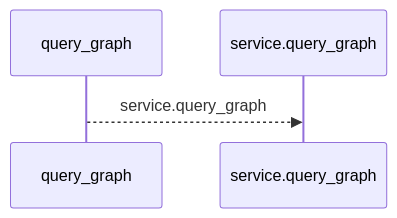
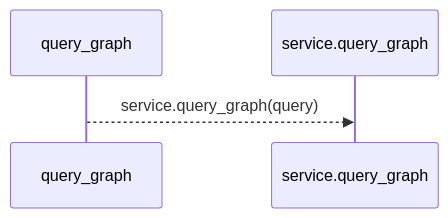
Before and after one commit to Denissvgn/python-wiki-llm: the first of 2 diagrams in docs/llm_wiki/flows/mcp-query_graph.md, drawn with Mermaid. The commit also changed other lines of this file and 1410 other files, not shown here.

````diff
--- a/docs/llm_wiki/flows/mcp-query_graph.md
+++ b/docs/llm_wiki/flows/mcp-query_graph.md
@@ -10,6 +12,6 @@
 ```mermaid
 sequenceDiagram
     participant p0 as query_graph
     participant p1 as service.query_graph
-    p0-->>p1: service.query_graph
+    p0-->>p1: service.query_graph(query)
 ```
````
